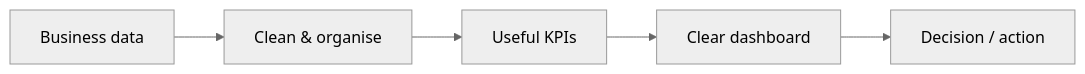
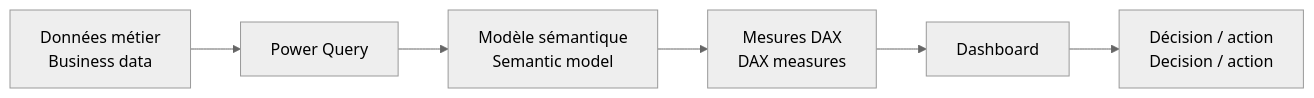
Before and after one commit to jeffersonkuku/powerbi-portfolio-projects: the first of 2 diagrams in README.md, drawn with Mermaid (neutral theme). The commit also changed other lines of this file, not shown here.

Commit message:
Rebuild Power BI landing page with all projects and paired bilingual explanations

````diff
--- a/README.md
+++ b/README.md
@@ -44,7 +10,8 @@
 ```mermaid
 flowchart LR
-    A[Business data] --> B[Clean & organise]
-    B --> C[Useful KPIs]
-    C --> D[Clear dashboard]
-    D --> E[Decision / action]
+    A[Données métier<br/>Business data] --> B[Power Query]
+    B --> C[Modèle sémantique<br/>Semantic model]
+    C --> D[Mesures DAX<br/>DAX measures]
+    D --> E[Dashboard]
+    E --> F[Décision / action<br/>Decision / action]
 ```
````
